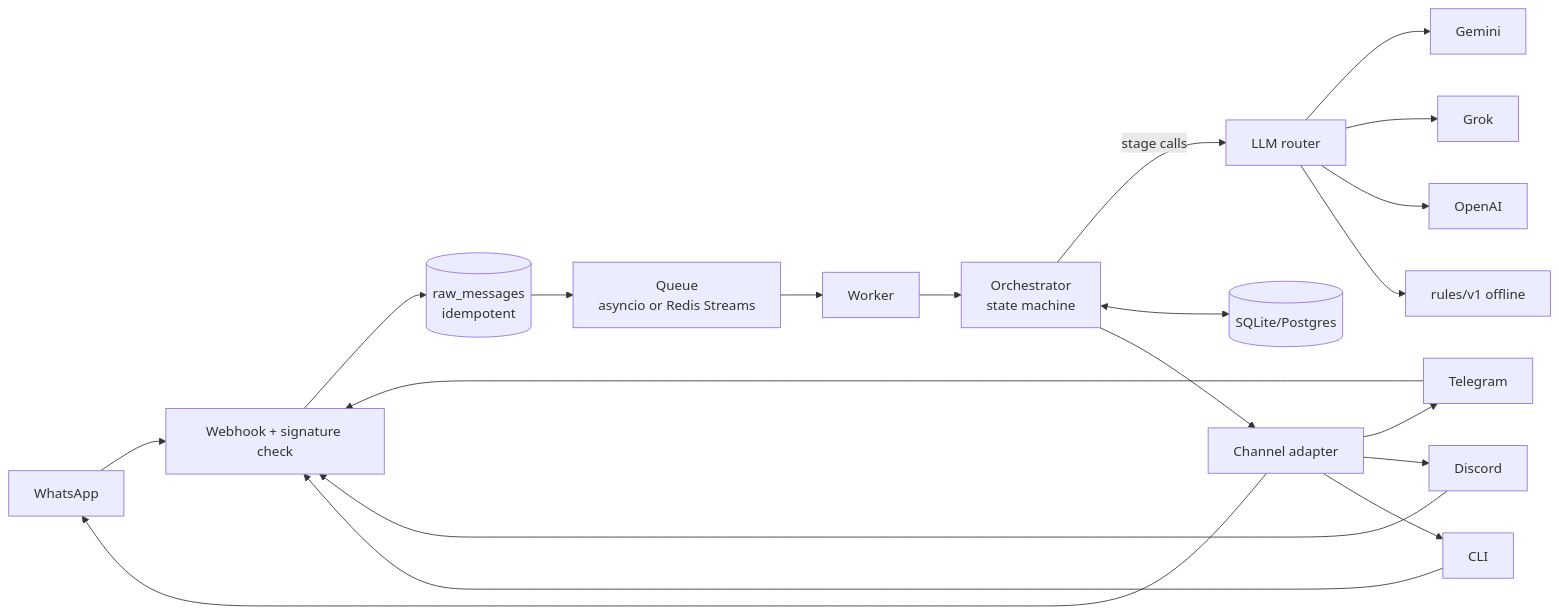
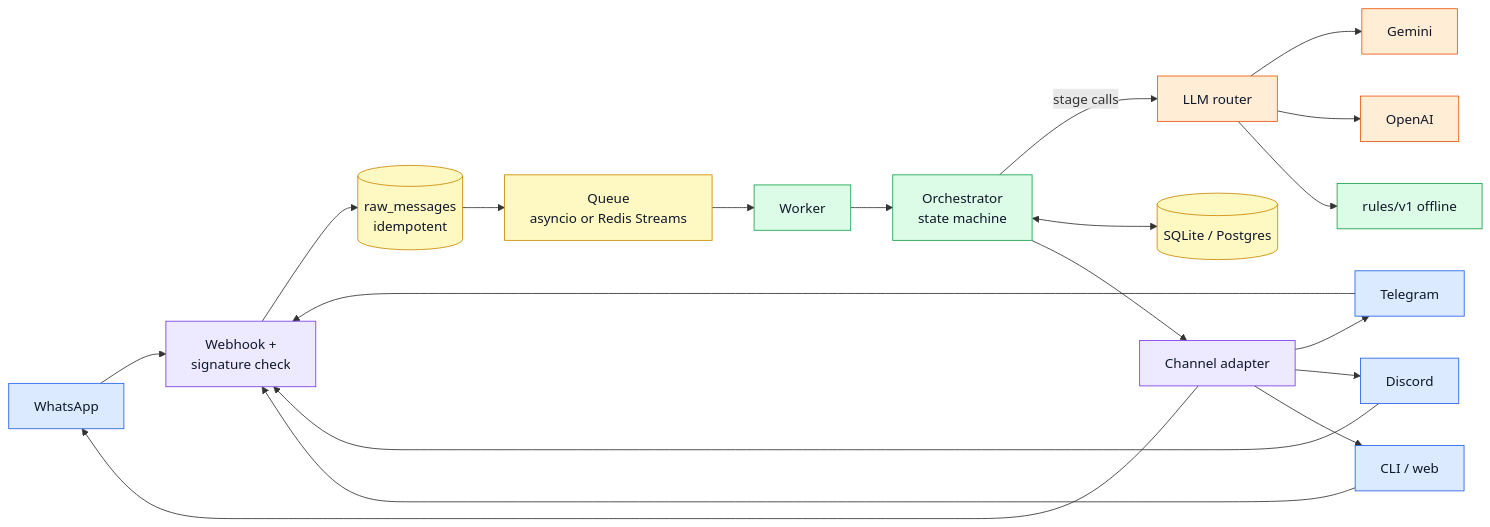
One commit to ShishirRijal/PocketAI changed the diagram in README.md. Above: the diagram before and after it, drawn with Mermaid. The commit also changed other lines of this file and 2 other files, not shown here.

Commit message:
docs: dashboard and operations, link docs from readme

````diff
--- a/README.md
+++ b/README.md
@@ -101,9 +101,15 @@
 ```mermaid
 flowchart LR
-  WA[WhatsApp] & TG[Telegram] & DC[Discord] & CLI[CLI] --> IN[Webhook + signature check]
-  IN --> RAW[(raw_messages<br/>idempotent)] --> Q[Queue<br/>asyncio or Redis Streams]
-  Q --> W[Worker] --> O[Orchestrator<br/>state machine]
-  O -- stage calls --> R[LLM router] --> G[Gemini] & X[Grok] & OA[OpenAI] & RU[rules/v1 offline]
-  O <--> DB[(SQLite/Postgres)]
-  O --> OUT[Channel adapter] --> WA & TG & DC & CLI
+  WA["WhatsApp"]:::user & TG["Telegram"]:::user & DC["Discord"]:::user & CLI["CLI / web"]:::user --> IN["Webhook +<br/>signature check"]:::edge
+  IN --> RAW[("raw_messages<br/>idempotent")]:::store --> Q["Queue<br/>asyncio or Redis Streams"]:::store
+  Q --> W["Worker"]:::core --> O["Orchestrator<br/>state machine"]:::core
+  O -- "stage calls" --> R["LLM router"]:::ai --> G["Gemini"]:::ai & OA["OpenAI"]:::ai & RU["rules/v1 offline"]:::core
+  O <--> DB[("SQLite / Postgres")]:::store
+  O --> OUT["Channel adapter"]:::edge --> WA & TG & DC & CLI
+
+  classDef user fill:#dbeafe,stroke:#2563eb,color:#0f172a
+  classDef edge fill:#ede9fe,stroke:#7c3aed,color:#0f172a
+  classDef core fill:#dcfce7,stroke:#16a34a,color:#0f172a
+  classDef ai fill:#ffedd5,stroke:#ea580c,color:#0f172a
+  classDef store fill:#fef9c3,stroke:#ca8a04,color:#0f172a
 ```
````
